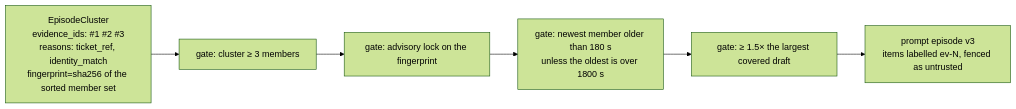
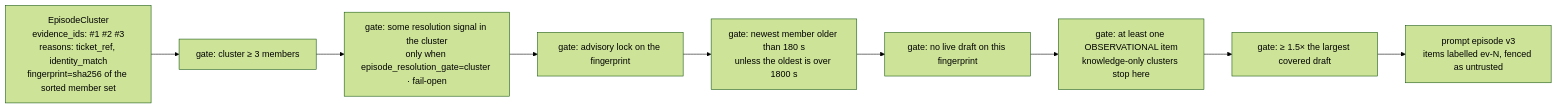
One commit to Valuedx/ContextEdge changed the eighth of 24 diagrams in docs/CONTEXT_GRAPH_WALKTHROUGH.md. Above: the diagram before and after it, drawn with Mermaid (forest theme). The commit also changed other lines of this file and 15 other files, not shown here.

````diff
--- a/docs/CONTEXT_GRAPH_WALKTHROUGH.md
+++ b/docs/CONTEXT_GRAPH_WALKTHROUGH.md
@@ -228,11 +235,14 @@
 ```mermaid
 graph LR
   CLU[EpisodeCluster<br/>evidence_ids: #1 #2 #3<br/>reasons: ticket_ref, identity_match<br/>fingerprint=sha256 of the sorted member set]
   G1[gate: cluster ≥ 3 members]
-  G2[gate: advisory lock on the fingerprint]
-  G3[gate: newest member older than 180 s<br/>unless the oldest is over 1800 s]
-  G4[gate: ≥ 1.5× the largest covered draft]
+  G2[gate: some resolution signal in the cluster<br/>only when episode_resolution_gate=cluster · fail-open]
+  G3[gate: advisory lock on the fingerprint]
+  G4[gate: newest member older than 180 s<br/>unless the oldest is over 1800 s]
+  G5[gate: no live draft on this fingerprint]
+  G6[gate: at least one OBSERVATIONAL item<br/>knowledge-only clusters stop here]
+  G7[gate: ≥ 1.5× the largest covered draft]
   AI[prompt episode v3<br/>items labelled ev-N, fenced as untrusted]
 
-  CLU --> G1 --> G2 --> G3 --> G4 --> AI
+  CLU --> G1 --> G2 --> G3 --> G4 --> G5 --> G6 --> G7 --> AI
 ```
````
